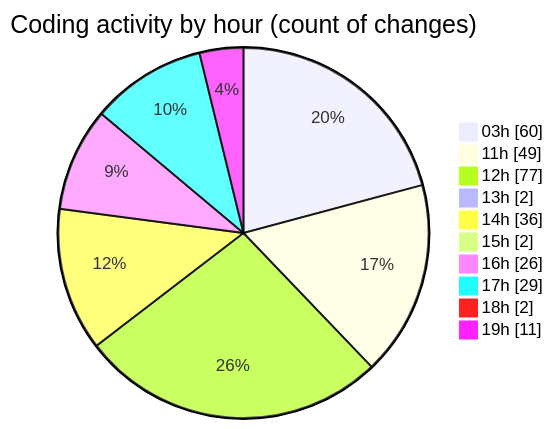
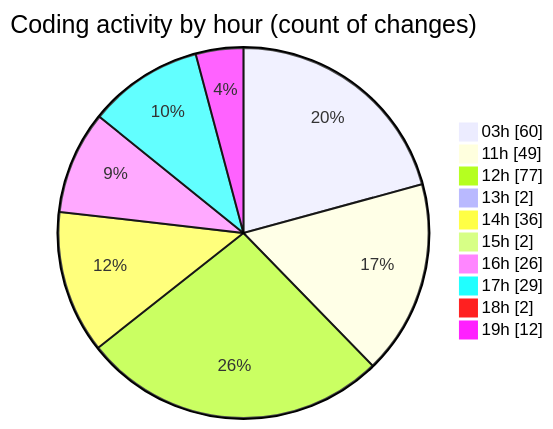
The second of 2 diagrams in 2025-07-02/mern-thinkboard/README.md (Ritupan-Deka/code-tracking), drawn with Mermaid before and after one commit. The commit also changed other lines of this file and 1 other file, not shown here.

````diff
--- a/2025-07-02/mern-thinkboard/README.md
+++ b/2025-07-02/mern-thinkboard/README.md
@@ -41,14 +41,14 @@
 ```mermaid
 pie showData
 title Coding activity by hour (count of changes)
 "03h" : 60
 "11h" : 49
 "12h" : 77
 "13h" : 2
 "14h" : 36
 "15h" : 2
 "16h" : 26
 "17h" : 29
 "18h" : 2
-"19h" : 11
+"19h" : 12
 ```
````
